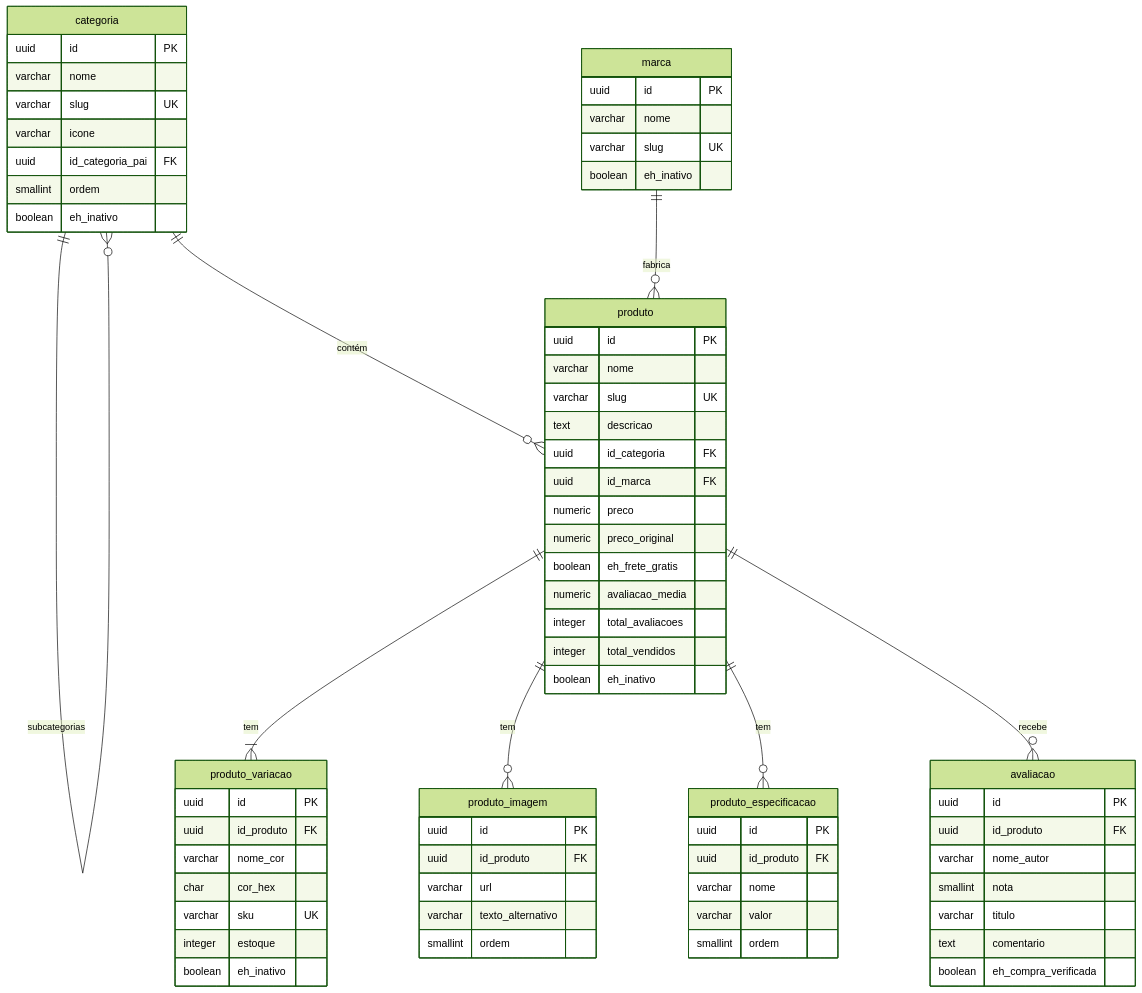
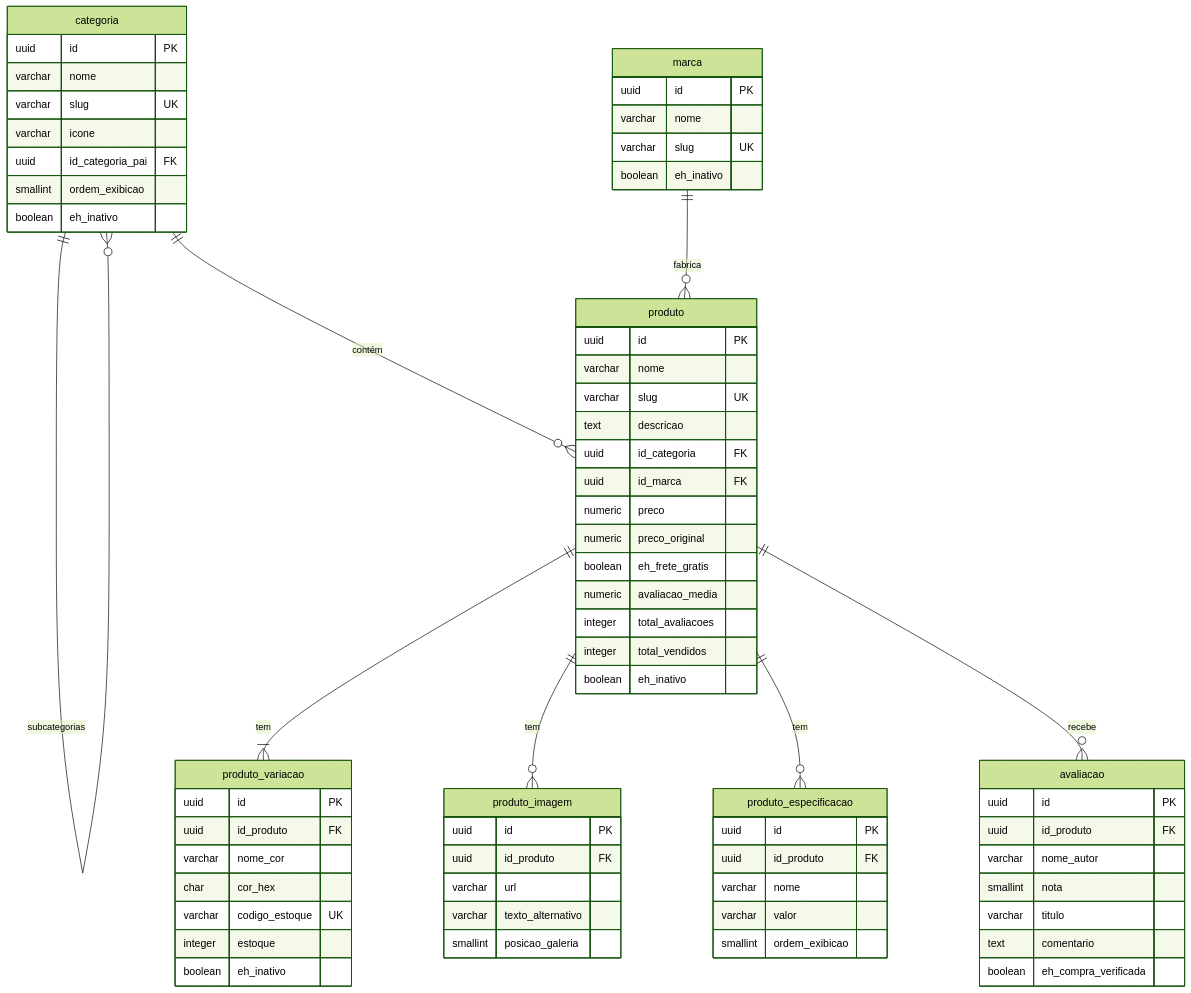
Before and after one commit to caixetss/vitrine: the diagram in docs/modelo-dados.md, drawn with Mermaid (forest theme). The commit also changed other lines of this file and 9 other files, not shown here.

````diff
--- a/docs/modelo-dados.md
+++ b/docs/modelo-dados.md
@@ -138,73 +140,73 @@
 ```mermaid
 erDiagram
     categoria ||--o{ categoria : "subcategorias"
     categoria ||--o{ produto : "contém"
     marca ||--o{ produto : "fabrica"
     produto ||--|{ produto_variacao : "tem"
     produto ||--o{ produto_imagem : "tem"
     produto ||--o{ produto_especificacao : "tem"
     produto ||--o{ avaliacao : "recebe"
 
     categoria {
         uuid id PK
         varchar nome
         varchar slug UK
         varchar icone
         uuid id_categoria_pai FK
-        smallint ordem
+        smallint ordem_exibicao
         boolean eh_inativo
     }
     marca {
         uuid id PK
         varchar nome
         varchar slug UK
         boolean eh_inativo
     }
     produto {
         uuid id PK
         varchar nome
         varchar slug UK
         text descricao
         uuid id_categoria FK
         uuid id_marca FK
         numeric preco
         numeric preco_original
         boolean eh_frete_gratis
         numeric avaliacao_media
         integer total_avaliacoes
         integer total_vendidos
         boolean eh_inativo
     }
     produto_variacao {
         uuid id PK
         uuid id_produto FK
         varchar nome_cor
         char cor_hex
-        varchar sku UK
+        varchar codigo_estoque UK
         integer estoque
         boolean eh_inativo
     }
     produto_imagem {
         uuid id PK
         uuid id_produto FK
         varchar url
         varchar texto_alternativo
-        smallint ordem
+        smallint posicao_galeria
     }
     produto_especificacao {
         uuid id PK
         uuid id_produto FK
         varchar nome
         varchar valor
-        smallint ordem
+        smallint ordem_exibicao
     }
     avaliacao {
         uuid id PK
         uuid id_produto FK
         varchar nome_autor
         smallint nota
         varchar titulo
         text comentario
         boolean eh_compra_verificada
     }
 ```
````
